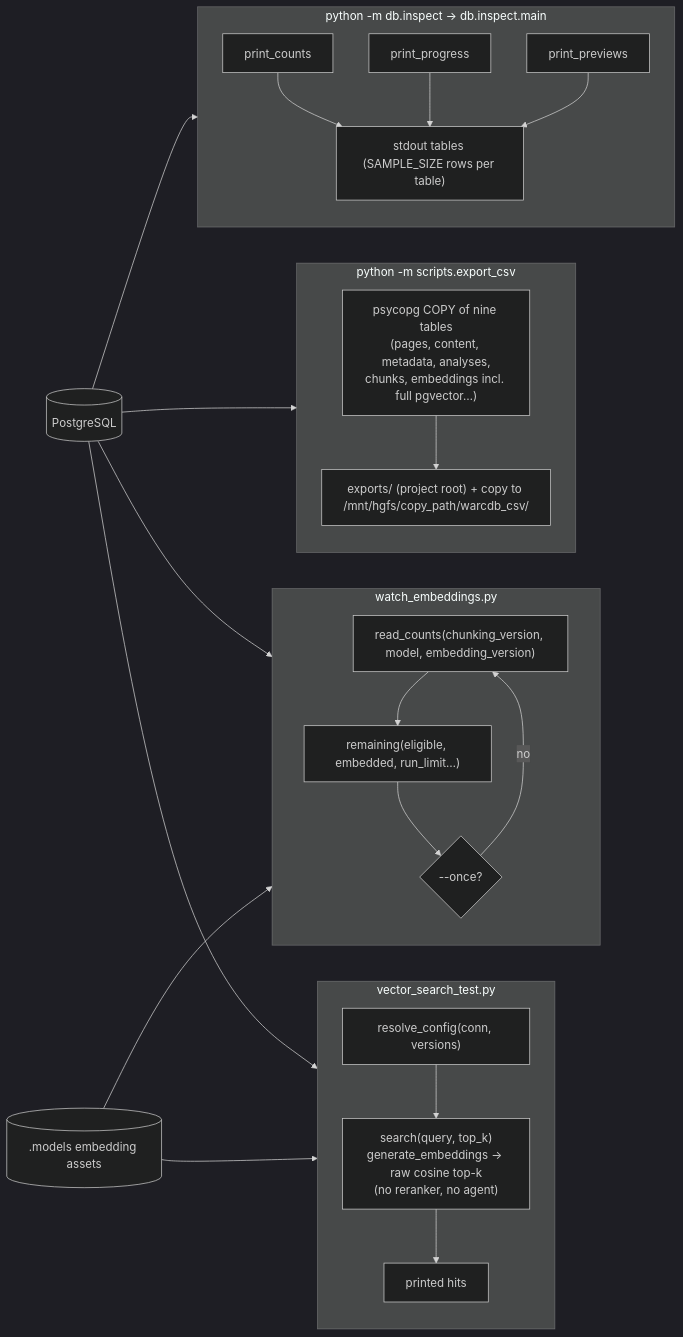
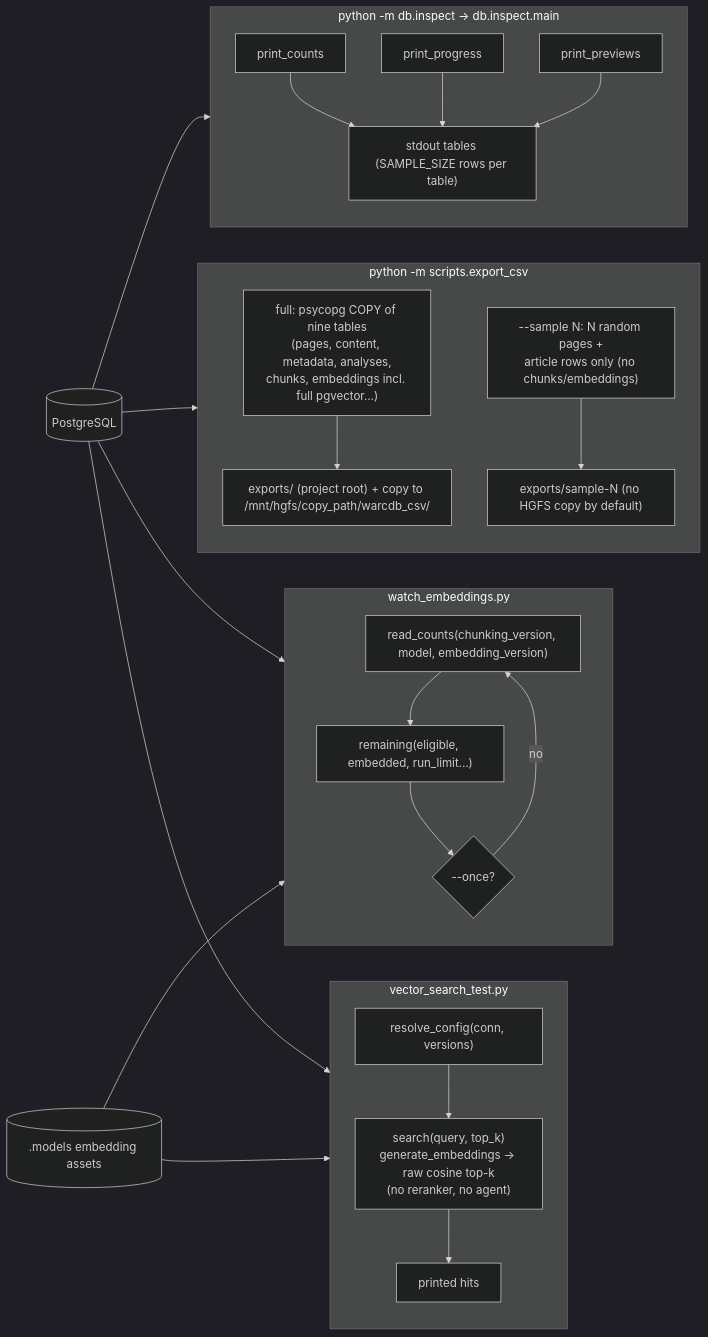
Before and after one commit to Marwan051/sparc_warc: diagram 11 of 16 in docs/workflows.md, drawn with Mermaid (dark theme). The commit also changed other lines of this file and 6 other files, not shown here.

````diff
--- a/docs/workflows.md
+++ b/docs/workflows.md
@@ -299,18 +299,21 @@
 ```mermaid
 flowchart LR
     subgraph INSPECT["python -m db.inspect → db.inspect.main"]
         I1["print_counts"] & I2["print_progress"] & I3["print_previews"] --> I4["stdout tables (SAMPLE_SIZE rows per table)"]
     end
     subgraph EXPORT["python -m scripts.export_csv"]
-        X1["psycopg COPY of nine tables\n(pages, content, metadata, analyses,\nchunks, embeddings incl. full pgvector…)"] --> X2["exports/ (project root) + copy to /mnt/hgfs/copy_path/warcdb_csv/"]
+        X1["full: psycopg COPY of nine tables\n(pages, content, metadata, analyses,\nchunks, embeddings incl. full pgvector…)"]
+        X1S["--sample N: N random pages +\narticle rows only (no chunks/embeddings)"]
+        X1 --> X2["exports/ (project root) + copy to /mnt/hgfs/copy_path/warcdb_csv/"]
+        X1S --> X3["exports/sample-N (no HGFS copy by default)"]
     end
     subgraph WATCH["watch_embeddings.py"]
         W1["read_counts(chunking_version, model, embedding_version)"] --> W2["remaining(eligible, embedded, run_limit…)"] --> W3{"--once?"}
         W3 -- no --> W1
     end
     subgraph VST["vector_search_test.py"]
         V1["resolve_config(conn, versions)"] --> V2["search(query, top_k)\ngenerate_embeddings → raw cosine top-k\n(no reranker, no agent)"] --> V3["printed hits"]
     end
     DB[("PostgreSQL")] --> INSPECT & EXPORT & WATCH & VST
     ONNX[(".models embedding assets")] --> WATCH & VST
 ```
````
